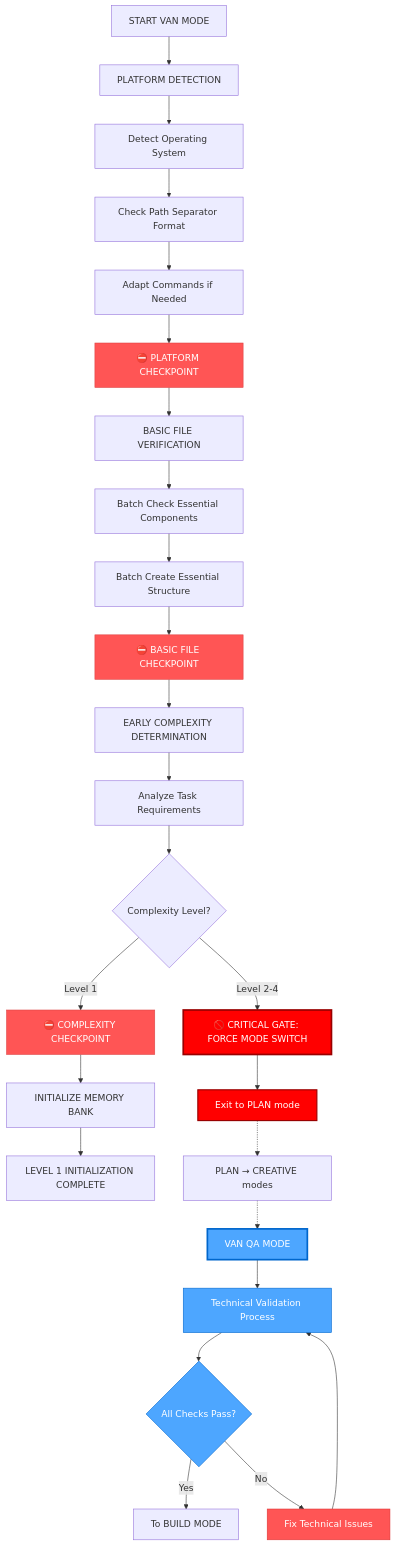
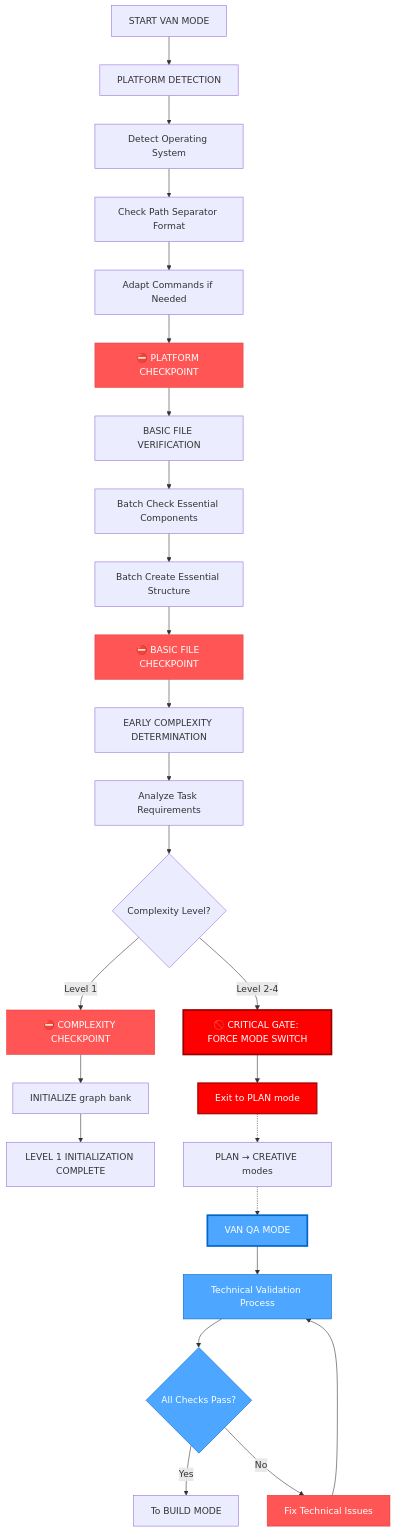
Before and after one commit to 7Spade/cursor-memory-bank: the first of 13 diagrams in .cursor/rules/isolation_rules/visual-maps/van-mode-map.mdc, drawn with Mermaid. The commit also changed other lines of this file and 43 other files, not shown here.

Commit message:
refactor: Update terminology from "Memory Bank" to "graph bank" across all relevant files, enhancing consistency in documentation and improving clarity in the system's architecture and processes

````diff
--- a/.cursor/rules/isolation_rules/visual-maps/van-mode-map.mdc
+++ b/.cursor/rules/isolation_rules/visual-maps/van-mode-map.mdc
@@ -12,48 +12,48 @@
 ```mermaid
 graph TD
     Start["START VAN MODE"] --> PlatformDetect["PLATFORM DETECTION"]
     PlatformDetect --> DetectOS["Detect Operating System"]
     DetectOS --> CheckPath["Check Path Separator Format"]
     CheckPath --> AdaptCmds["Adapt Commands if Needed"]
     AdaptCmds --> PlatformCP["⛔ PLATFORM CHECKPOINT"]
     
     %% Basic File Verification with checkpoint
     PlatformCP --> BasicFileVerify["BASIC FILE VERIFICATION"]
     BasicFileVerify --> BatchCheck["Batch Check Essential Components"]
     BatchCheck --> BatchCreate["Batch Create Essential Structure"]
     BatchCreate --> BasicFileCP["⛔ BASIC FILE CHECKPOINT"]
     
     %% Early Complexity Determination
     BasicFileCP --> EarlyComplexity["EARLY COMPLEXITY DETERMINATION"]
     EarlyComplexity --> AnalyzeTask["Analyze Task Requirements"]
     AnalyzeTask --> EarlyLevelCheck{"Complexity Level?"}
     
     %% Level handling paths
     EarlyLevelCheck -->|"Level 1"| ComplexityCP["⛔ COMPLEXITY CHECKPOINT"]
     EarlyLevelCheck -->|"Level 2-4"| CRITICALGATE["🚫 CRITICAL GATE: FORCE MODE SWITCH"]
     CRITICALGATE --> ForceExit["Exit to PLAN mode"]
     
     %% Level 1 continues normally
-    ComplexityCP --> InitSystem["INITIALIZE MEMORY BANK"]
+    ComplexityCP --> InitSystem["INITIALIZE graph bank"]
     InitSystem --> Complete1["LEVEL 1 INITIALIZATION COMPLETE"]
     
     %% For Level 2+ tasks after PLAN and CREATIVE modes
     ForceExit -.-> OtherModes["PLAN → CREATIVE modes"]
     OtherModes -.-> VANQA["VAN QA MODE"]
     VANQA --> QAProcess["Technical Validation Process"]
     QAProcess --> QACheck{"All Checks Pass?"}
     QACheck -->|"Yes"| BUILD["To BUILD MODE"]
     QACheck -->|"No"| FixIssues["Fix Technical Issues"]
     FixIssues --> QAProcess
     
     %% Style nodes
     style PlatformCP fill:#f55,stroke:#d44,color:white
     style BasicFileCP fill:#f55,stroke:#d44,color:white
     style ComplexityCP fill:#f55,stroke:#d44,color:white
     style CRITICALGATE fill:#ff0000,stroke:#990000,color:white,stroke-width:3px
     style ForceExit fill:#ff0000,stroke:#990000,color:white,stroke-width:2px
     style VANQA fill:#4da6ff,stroke:#0066cc,color:white,stroke-width:3px
     style QAProcess fill:#4da6ff,stroke:#0066cc,color:white
     style QACheck fill:#4da6ff,stroke:#0066cc,color:white
     style FixIssues fill:#ff5555,stroke:#dd3333,color:white
 ```
````
